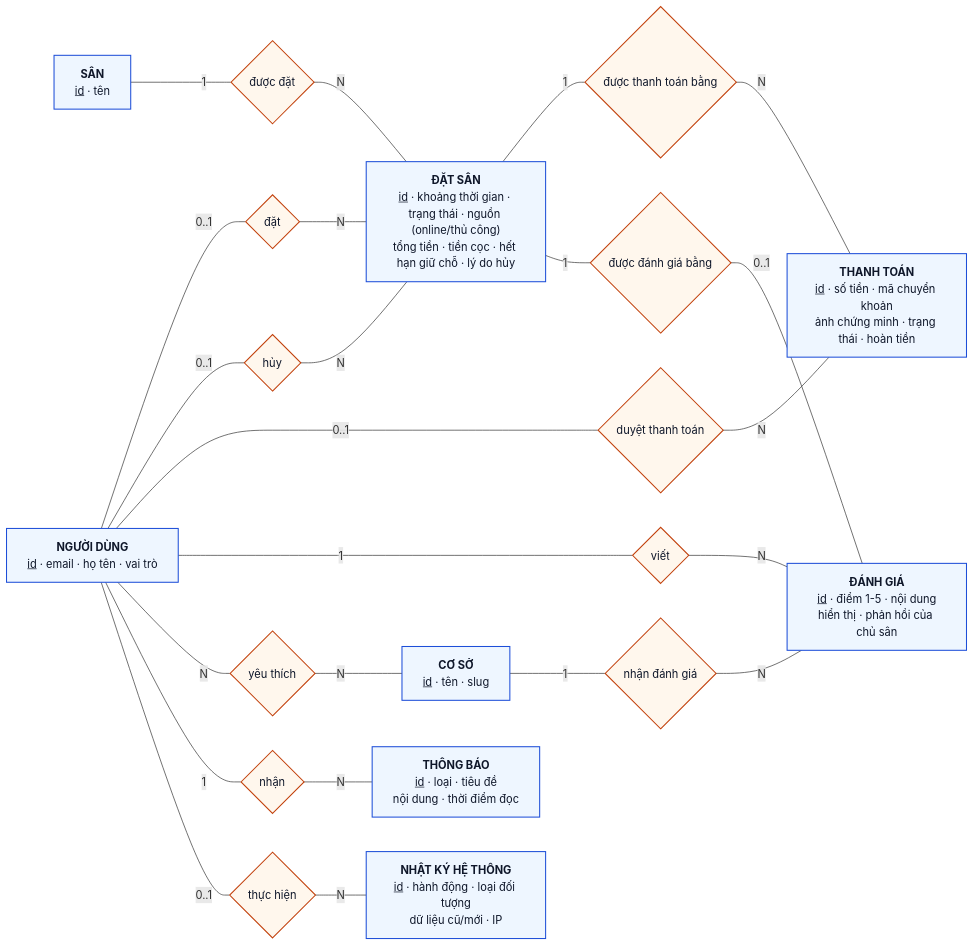
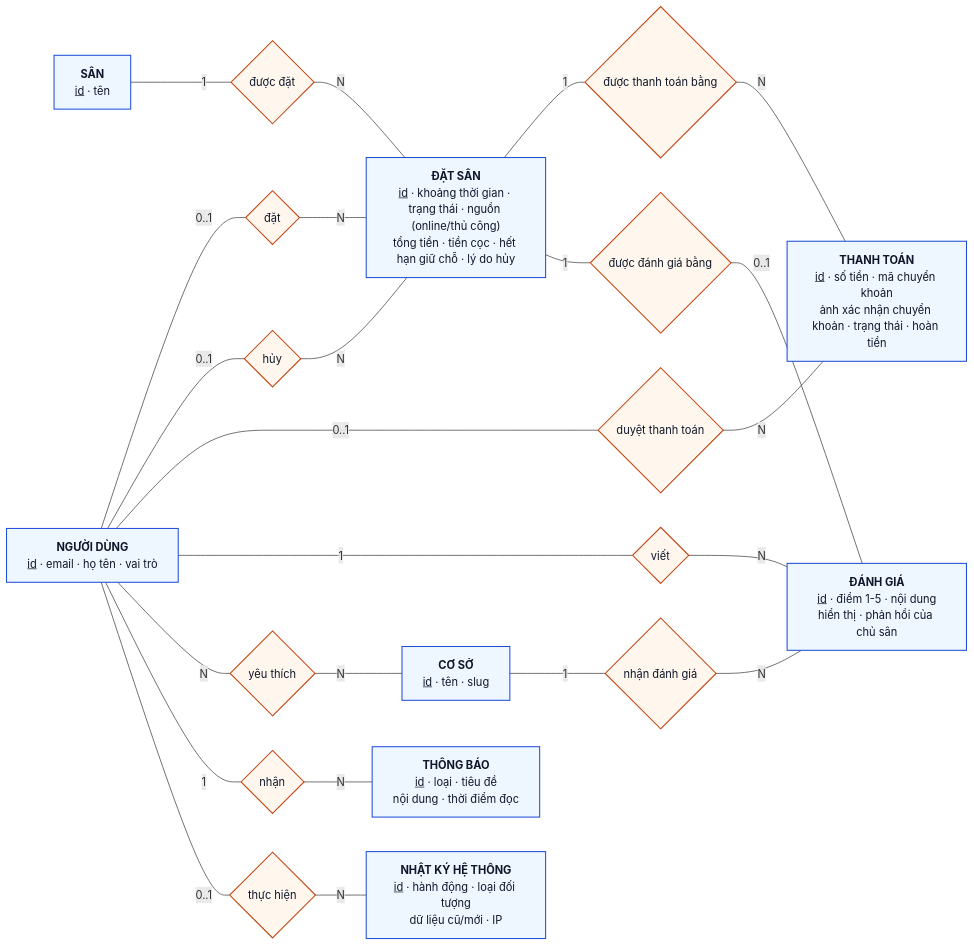
Before and after one commit to TuyenTran205/bookSportsCourt: the second of 4 diagrams in docs/04-database-schema.md, drawn with Mermaid. The commit also changed other lines of this file and 13 other files, not shown here.

First line of the commit message:
docs: bỏ VietQR, FE tự dựng QR từ tài khoản chủ sân và chỉnh trạng thái payments

````diff
--- a/docs/04-database-schema.md
+++ b/docs/04-database-schema.md
@@ -85,38 +85,38 @@
 ```mermaid
 flowchart LR
     classDef entity fill:#eef6ff,stroke:#1d4ed8,stroke-width:1.5px,color:#0f172a;
     classDef rel fill:#fff7ed,stroke:#c2410c,stroke-width:1.5px,color:#0f172a;
 
     USER["<b>NGƯỜI DÙNG</b><br/><u>id</u> · email · họ tên · vai trò"]:::entity
     VENUE["<b>CƠ SỞ</b><br/><u>id</u> · tên · slug"]:::entity
     COURT["<b>SÂN</b><br/><u>id</u> · tên"]:::entity
     BOOK["<b>ĐẶT SÂN</b><br/><u>id</u> · khoảng thời gian · trạng thái · nguồn (online/thủ công)<br/>tổng tiền · tiền cọc · hết hạn giữ chỗ · lý do hủy"]:::entity
-    PAY["<b>THANH TOÁN</b><br/><u>id</u> · số tiền · mã chuyển khoản<br/>ảnh chứng minh · trạng thái · hoàn tiền"]:::entity
+    PAY["<b>THANH TOÁN</b><br/><u>id</u> · số tiền · mã chuyển khoản<br/>ảnh xác nhận chuyển khoản · trạng thái · hoàn tiền"]:::entity
     REV["<b>ĐÁNH GIÁ</b><br/><u>id</u> · điểm 1-5 · nội dung<br/>hiển thị · phản hồi của chủ sân"]:::entity
     NOTI["<b>THÔNG BÁO</b><br/><u>id</u> · loại · tiêu đề<br/>nội dung · thời điểm đọc"]:::entity
     AUDIT["<b>NHẬT KÝ HỆ THỐNG</b><br/><u>id</u> · hành động · loại đối tượng<br/>dữ liệu cũ/mới · IP"]:::entity
 
     R_MAKE{"đặt"}:::rel
     R_HOST{"được đặt"}:::rel
     R_CAN{"hủy"}:::rel
     R_PAY{"được thanh toán bằng"}:::rel
     R_APR{"duyệt thanh toán"}:::rel
     R_ABOUT{"được đánh giá bằng"}:::rel
     R_WRITE{"viết"}:::rel
     R_RECV{"nhận đánh giá"}:::rel
     R_FAV{"yêu thích"}:::rel
     R_NOTI{"nhận"}:::rel
     R_ACT{"thực hiện"}:::rel
 
     USER ---|"0..1"| R_MAKE ---|N| BOOK
     COURT ---|1| R_HOST ---|N| BOOK
     USER ---|"0..1"| R_CAN ---|N| BOOK
     BOOK ---|1| R_PAY ---|N| PAY
     USER ---|"0..1"| R_APR ---|N| PAY
     BOOK ---|1| R_ABOUT ---|"0..1"| REV
     USER ---|1| R_WRITE ---|N| REV
     VENUE ---|1| R_RECV ---|N| REV
     USER ---|N| R_FAV ---|N| VENUE
     USER ---|1| R_NOTI ---|N| NOTI
     USER ---|"0..1"| R_ACT ---|N| AUDIT
 ```
````
